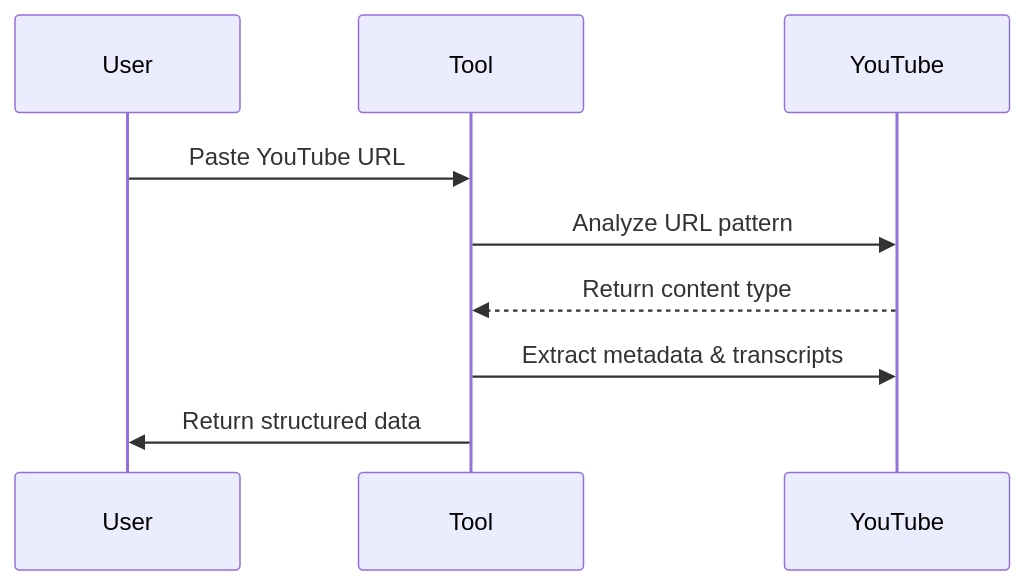
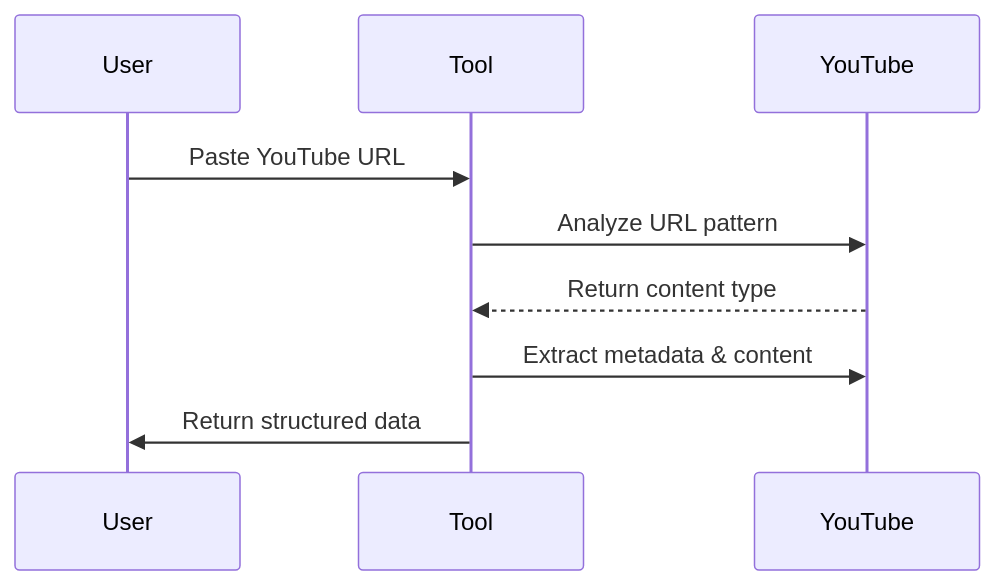
One commit to DZ-ABDLHAKIM/YouTube-Scraper-Pro-Full-Channel-Playlists-..etc. changed the diagram in README.md. Above: the diagram before and after it, drawn with Mermaid. The commit also changed other lines of this file, not shown here.

````diff
--- a/README.md
+++ b/README.md
@@ -37,8 +38,8 @@
 ```mermaid
 sequenceDiagram
     User->>Tool: Paste YouTube URL
     Tool->>YouTube: Analyze URL pattern
     YouTube-->>Tool: Return content type
-    Tool->>YouTube: Extract metadata & transcripts
+    Tool->>YouTube: Extract metadata & content
     Tool->>User: Return structured data
 ```
````
